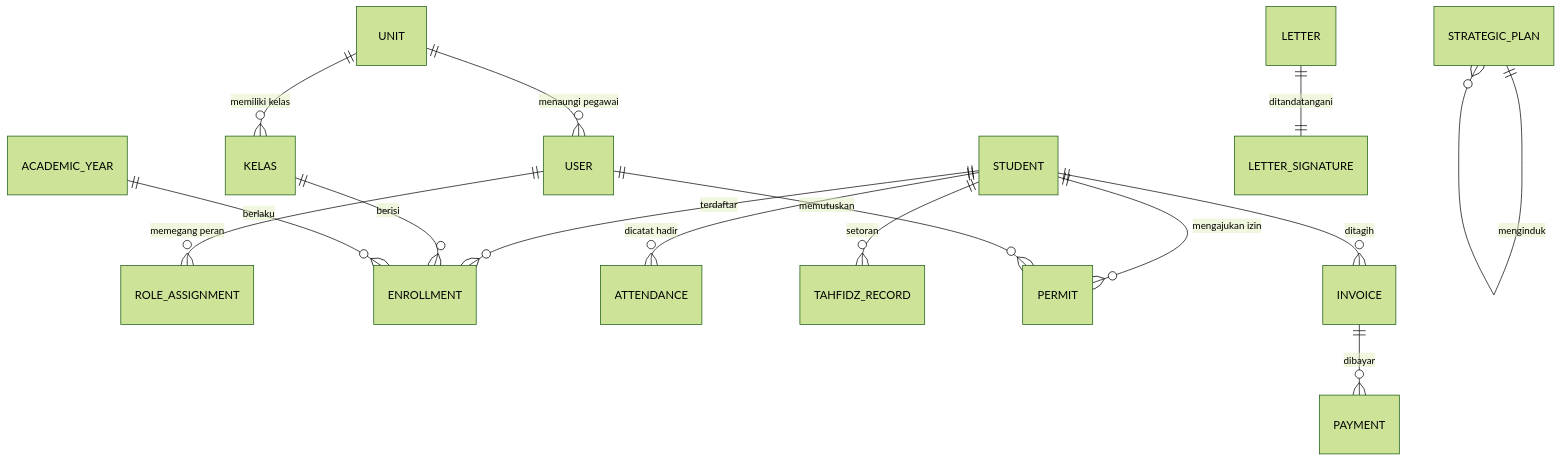
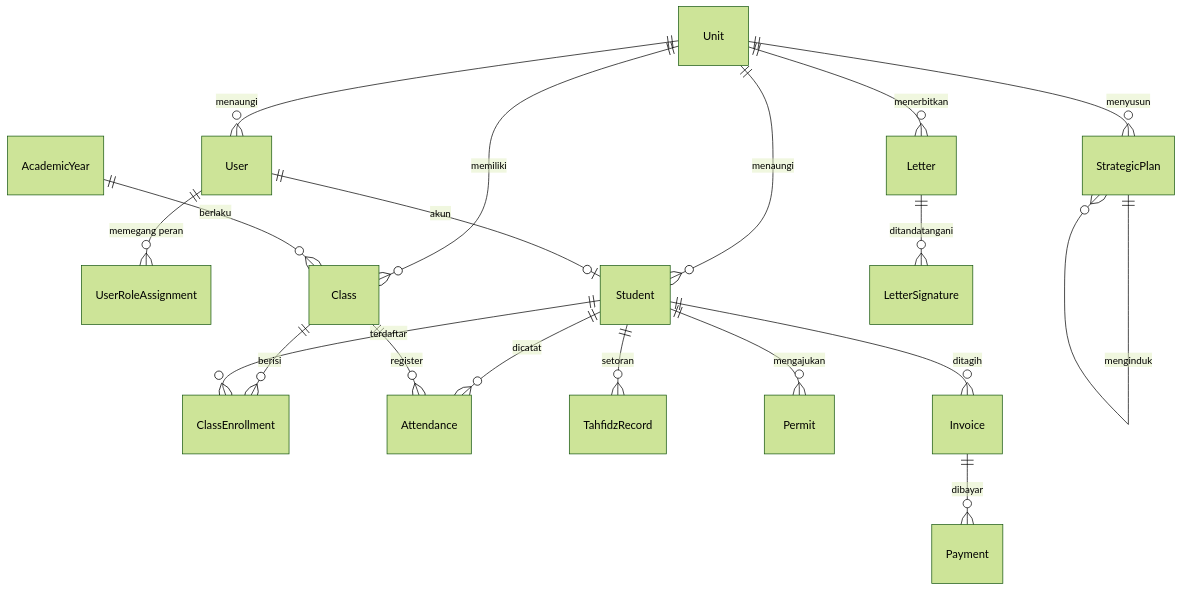
Before and after one commit to ypcipansor/cipansor: diagram 11 of 11 in docs/dokumen-aplikasi/dokumen-teknis-cipansor.md, drawn with Mermaid (forest theme). The commit also changed other lines of this file and 68 other files, not shown here.

````diff
--- a/docs/dokumen-aplikasi/dokumen-teknis-cipansor.md
+++ b/docs/dokumen-aplikasi/dokumen-teknis-cipansor.md
@@ -674,18 +725,22 @@
 ```mermaid
-%% caption: Model data tingkat ranah — kelompok entitas dan hubungan utamanya
+%% caption: Model data tingkat ranah — model Prisma utama dan relasinya
 erDiagram
-  UNIT ||--o{ USER : "menaungi pegawai"
-  USER ||--o{ ROLE_ASSIGNMENT : "memegang peran"
-  STUDENT ||--o{ ENROLLMENT : "terdaftar"
-  UNIT ||--o{ KELAS : "memiliki kelas"
-  KELAS ||--o{ ENROLLMENT : "berisi"
-  STUDENT ||--o{ ATTENDANCE : "dicatat hadir"
-  STUDENT ||--o{ TAHFIDZ_RECORD : "setoran"
-  STUDENT ||--o{ PERMIT : "mengajukan izin"
-  USER ||--o{ PERMIT : "memutuskan"
-  STUDENT ||--o{ INVOICE : "ditagih"
-  INVOICE ||--o{ PAYMENT : "dibayar"
-  ACADEMIC_YEAR ||--o{ ENROLLMENT : "berlaku"
-  STRATEGIC_PLAN ||--o{ STRATEGIC_PLAN : "menginduk"
-  LETTER ||--|| LETTER_SIGNATURE : "ditandatangani"
+  Unit ||--o{ User : "menaungi"
+  User ||--o{ UserRoleAssignment : "memegang peran"
+  Unit ||--o{ Student : "menaungi"
+  User ||--o| Student : "akun"
+  Unit ||--o{ "Class" : "memiliki"
+  AcademicYear ||--o{ "Class" : "berlaku"
+  "Class" ||--o{ ClassEnrollment : "berisi"
+  Student ||--o{ ClassEnrollment : "terdaftar"
+  Student ||--o{ Attendance : "dicatat"
+  "Class" ||--o{ Attendance : "register"
+  Student ||--o{ TahfidzRecord : "setoran"
+  Student ||--o{ Permit : "mengajukan"
+  Student ||--o{ Invoice : "ditagih"
+  Invoice ||--o{ Payment : "dibayar"
+  Unit ||--o{ Letter : "menerbitkan"
+  Letter ||--o{ LetterSignature : "ditandatangani"
+  Unit ||--o{ StrategicPlan : "menyusun"
+  StrategicPlan ||--o{ StrategicPlan : "menginduk"
 ```
````
